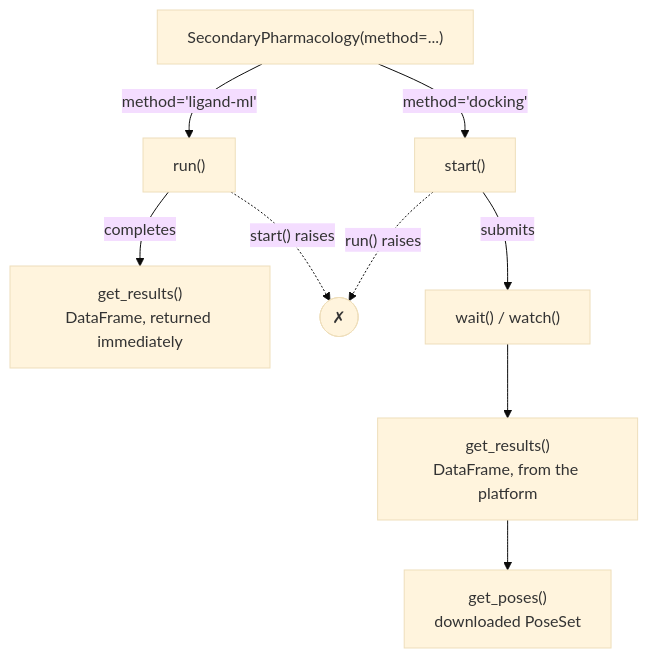
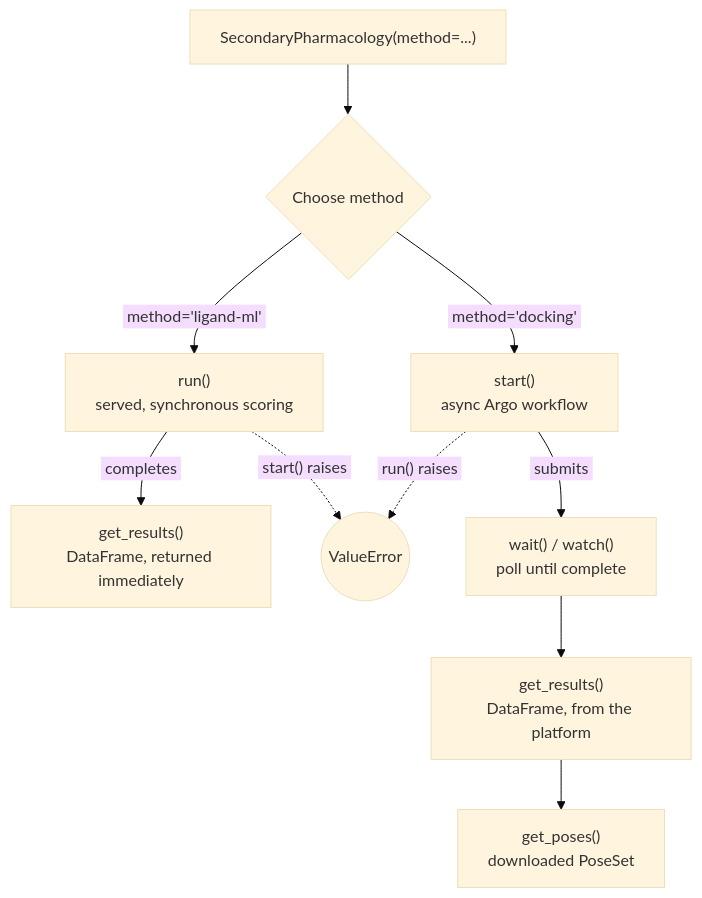
Before and after one commit to deeporiginbio/deeporigin-client: the diagram in docs/dd/tools/secondary-pharma.md, drawn with Mermaid (base theme). The commit also changed 1 other file, not shown here.

Commit message:
docs(drug-discovery): improve secondary-pharma diagram and nav (DDOS-7332)
- Use &nbsp; instead of literal spaces in mermaid edge labels (HTML
  rendering collapses literal leading/trailing whitespace)
- Circle-shaped, labeled terminal node (ValueError) instead of an
  unlabeled X
- Add a decision diamond at the method branch and descriptive
  node text, matching the style used in enumerator.md
- Register secondary-pharma.md and its ref page in zensical.toml nav
  (previously unreachable from the site)

````diff
--- a/docs/dd/tools/secondary-pharma.md
+++ b/docs/dd/tools/secondary-pharma.md
@@ -21,14 +21,14 @@
 ```mermaid
 flowchart TD
-    ctor["SecondaryPharmacology(method=...)"]
-    ctor -->|" method='ligand-ml' "| ml_run["run()"]
-    ctor -->|" method='docking' "| dock_start["start()"]
+    ctor["SecondaryPharmacology(method=...)"] --> choose{"Choose method"}
+    choose -->|"&nbsp;method='ligand-ml'&nbsp;"| ml_run["run()<br/>served, synchronous scoring"]
+    choose -->|"&nbsp;method='docking'&nbsp;"| dock_start["start()<br/>async Argo workflow"]
 
-    ml_run -->|" completes "| ml_results["get_results()<br/>DataFrame, returned immediately"]
-    ml_run -.->|" start() raises "| blocked(["✗"])
+    ml_run -->|"&nbsp;completes&nbsp;"| ml_results["get_results()<br/>DataFrame, returned immediately"]
+    ml_run -.->|"&nbsp;start() raises&nbsp;"| blocked(("ValueError"))
 
-    dock_start -->|" submits "| dock_wait["wait() / watch()"]
-    dock_start -.->|" run() raises "| blocked
+    dock_start -->|"&nbsp;submits&nbsp;"| dock_wait["wait() / watch()<br/>poll until complete"]
+    dock_start -.->|"&nbsp;run() raises&nbsp;"| blocked
     dock_wait --> dock_results["get_results()<br/>DataFrame, from the platform"]
     dock_results --> dock_poses["get_poses()<br/>downloaded PoseSet"]
 ```
````
